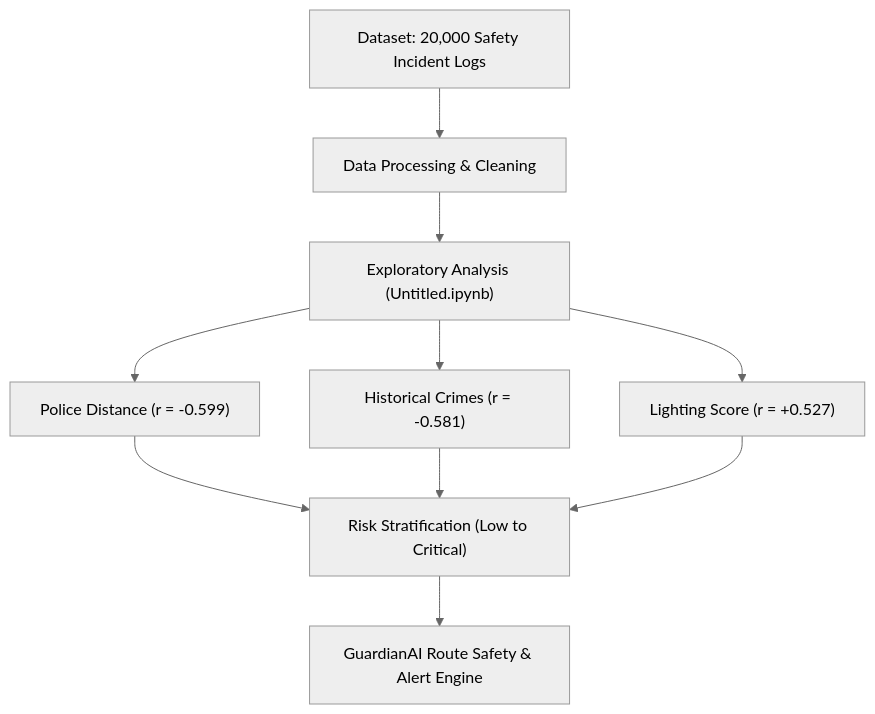
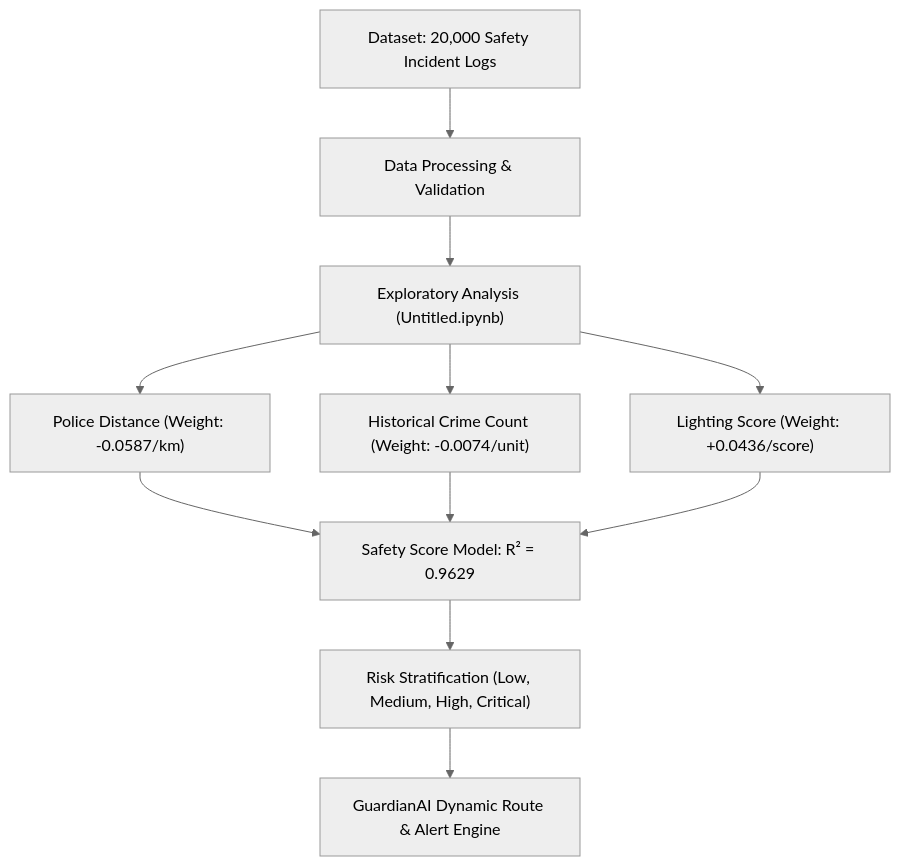
The diagram in README.md (satyakiran29/GuardianAI), drawn with Mermaid (neutral theme) before and after one commit. The commit also changed other lines of this file and 1 other file, not shown here.

First line of the commit message:
Enhance Analysis README with dataset docs & model

````diff
--- a/README.md
+++ b/README.md
@@ -34,12 +22,13 @@
 ```mermaid
 flowchart TD
-    A["Dataset: 20,000 Safety Incident Logs"] --> B["Data Processing & Cleaning"]
+    A["Dataset: 20,000 Safety Incident Logs"] --> B["Data Processing & Validation"]
     B --> C["Exploratory Analysis (Untitled.ipynb)"]
     
-    C --> D1["Police Distance (r = -0.599)"]
-    C --> D2["Historical Crimes (r = -0.581)"]
-    C --> D3["Lighting Score (r = +0.527)"]
+    C --> D1["Police Distance (Weight: -0.0587/km)"]
+    C --> D2["Historical Crime Count (Weight: -0.0074/unit)"]
+    C --> D3["Lighting Score (Weight: +0.0436/score)"]
     
-    D1 & D2 & D3 --> E["Risk Stratification (Low to Critical)"]
-    E --> F["GuardianAI Route Safety & Alert Engine"]
+    D1 & D2 & D3 --> E["Safety Score Model: R² = 0.9629"]
+    E --> F["Risk Stratification (Low, Medium, High, Critical)"]
+    F --> G["GuardianAI Dynamic Route & Alert Engine"]
 ```
````
